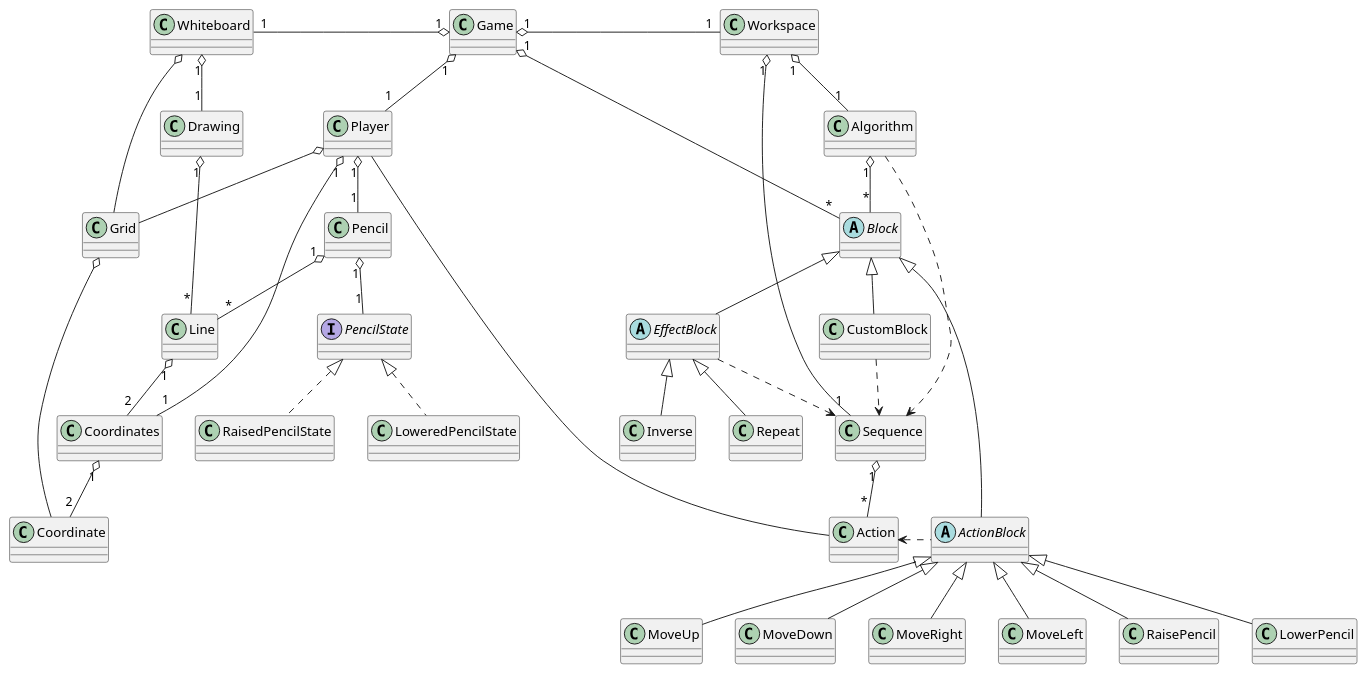
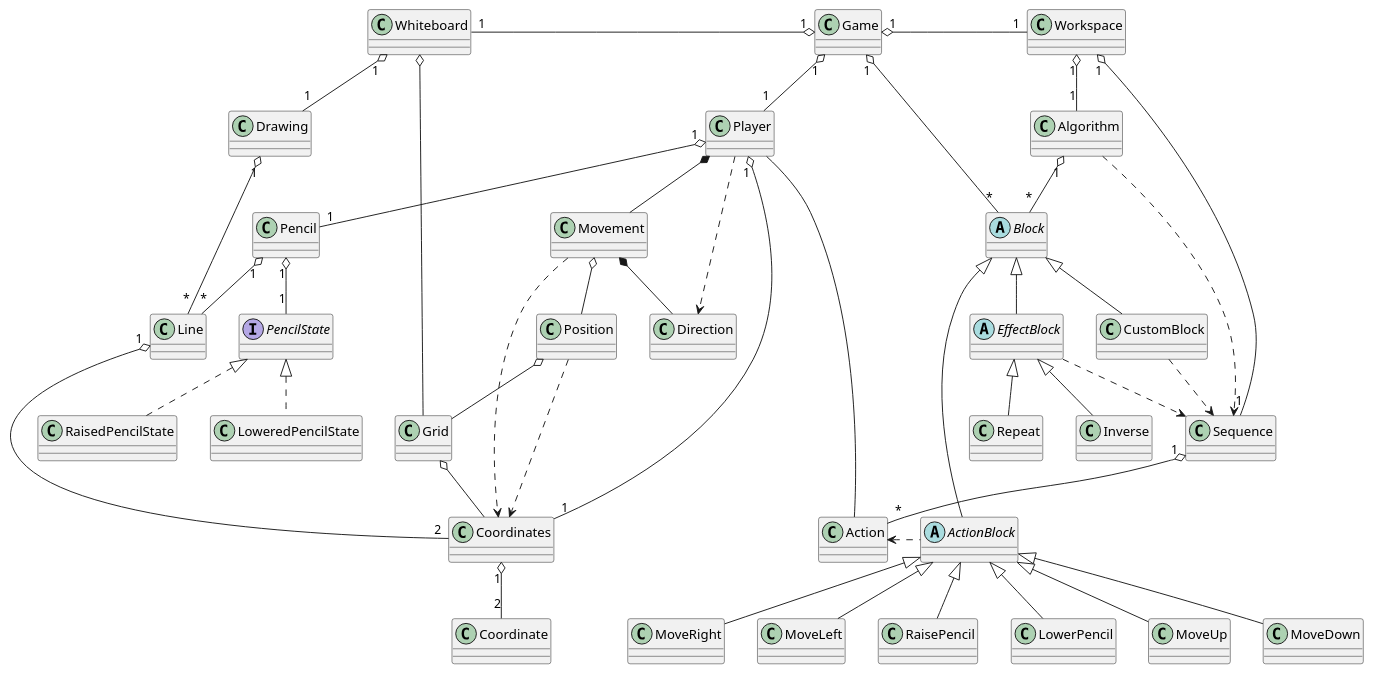
Before and after one commit to mati1297/tp2_algoblocks: the diagram in diagrams/class.plantuml, drawn with PlantUML. The commit also changed 1 other file, not shown here.

Commit message:
Added classes Direction, Movement and Position to class and sequence diagrams.

```diff
--- a/diagrams/class.plantuml
+++ b/diagrams/class.plantuml
@@ -1,165 +1,182 @@
 @startuml
 class Game {
 
 }
 
 class Player {
 
 }
 
 class Coordinates {
 
 }
 
 class Coordinate {
 
 }
 
 class Pencil {
 
 }
 
 interface PencilState {
 
 }
 
 class RaisedPencilState {
 
 }
 
 class LoweredPencilState {
 
 }
 
 class Whiteboard {
 
 }
 
 
 class Drawing {
 
 }
 
 class Line {
 
 }
 
 class Workspace {
 
 }
 
 class Algorithm {
 
 }
 
 class Sequence {
 
 }
 
 class Action {
 
 }
 
 abstract class Block {
 
 }
 
 abstract class ActionBlock {
 
 }
 
 abstract class EffectBlock {
 
 }
 
 class MoveUp {
 
 }
 
 class MoveDown {
 
 }
 
 class MoveRight {
 
 }
 
 class MoveLeft {
 
 }
 
 class RaisePencil {
 
 }
 
 class LowerPencil {
 
 }
 
 class Repeat {
 
 }
 
 class Inverse {
 
 }
 
 class CustomBlock {
 
 }
 
 
 class Grid {
 
 }
 
+class Movement{
+    
+}
+
+class Direction{
+
+}
+
+class Position{
+    
+}
+
 Game "1" o-- "1" Player
-Player "1" o-- "1" Coordinates
 Coordinates "1" o-- "2" Coordinate
 Player -- Action
 
 Player "1" o-- "1" Pencil
 Pencil "1" o-- "1" PencilState
 PencilState <|.. RaisedPencilState
 PencilState <|.. LoweredPencilState
 
 Game "1" o--left "1" Whiteboard
 Whiteboard "1" o-- "1" Drawing
 Drawing "1" o-- "*" Line
 Line "1" o-- "2" Coordinates
 Pencil "1" o-- "*" Line
 
 Game "1" o-- "*" Block
 Block <|-- EffectBlock
 Block <|-- ActionBlock
 Block <|-- CustomBlock
 
 Game "1" o--right "1" Workspace
 Workspace "1" o-- "1" Algorithm
 Algorithm "1" o-- "*" Block
 
 
 Workspace "1" o-- "1" Sequence
 Sequence "1" o-- "*" Action
 
 ActionBlock <|-- MoveUp
 ActionBlock <|-- MoveDown
 ActionBlock <|-- MoveRight
 ActionBlock <|-- MoveLeft
 ActionBlock <|-- LowerPencil
 ActionBlock <|-- RaisePencil
 Action <..right ActionBlock
 
 EffectBlock <|-- Repeat
 EffectBlock <|-- Inverse
 
+Player *-- Movement
+Movement o-- Position
+Position o-- Grid
+Player ..> Direction
+Movement *-- Direction
+Whiteboard o-- Grid
+Coordinates "1" --o "1" Player
+Grid o-- Coordinates
+Position ..> Coordinates
+Movement ..> Coordinates
 
-
-Player o-- Grid
-Whiteboard o--Grid
-Grid o-- Coordinate
 
 Algorithm ..> Sequence
 EffectBlock ..> Sequence
 CustomBlock ..> Sequence
 @enduml
```
